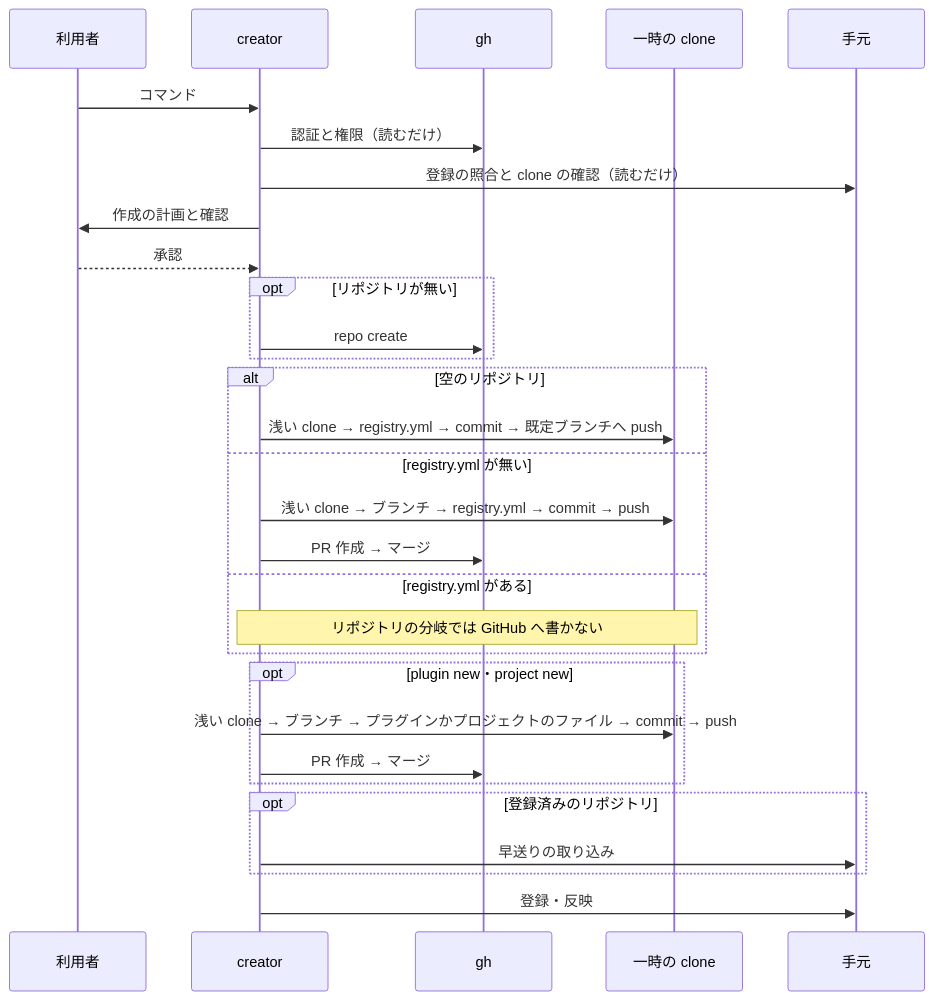
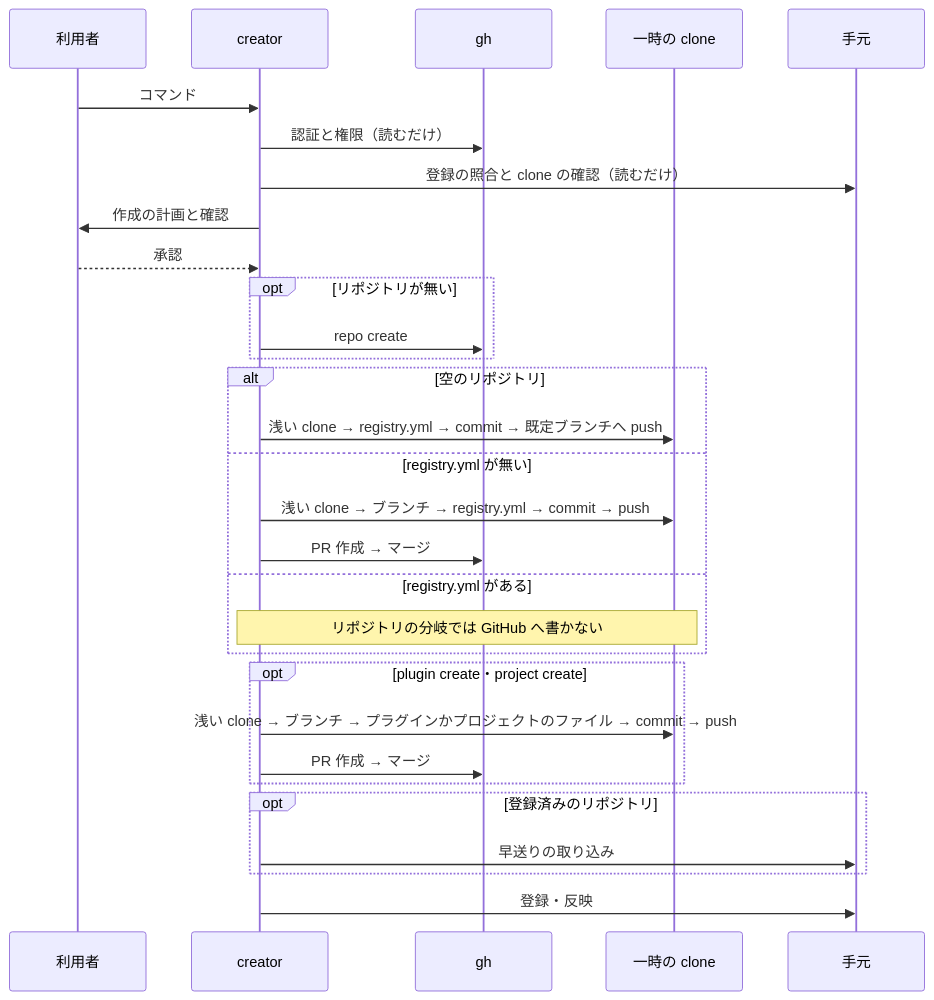
Before and after one commit to devbasex/devbase: the second of 2 diagrams in docs/specifications/plugin-creation-flow.md, drawn with Mermaid. The commit also changed other lines of this file and 24 other files, not shown here.

````diff
--- a/docs/specifications/plugin-creation-flow.md
+++ b/docs/specifications/plugin-creation-flow.md
@@ -213,32 +213,32 @@
 ```mermaid
 sequenceDiagram
     participant U as 利用者
     participant C as creator
     participant G as gh
     participant T as 一時の clone
     participant L as 手元
     U->>C: コマンド
     C->>G: 認証と権限（読むだけ）
     C->>L: 登録の照合と clone の確認（読むだけ）
     C->>U: 作成の計画と確認
     U-->>C: 承認
     opt リポジトリが無い
         C->>G: repo create
     end
     alt 空のリポジトリ
         C->>T: 浅い clone → registry.yml → commit → 既定ブランチへ push
     else registry.yml が無い
         C->>T: 浅い clone → ブランチ → registry.yml → commit → push
         C->>G: PR 作成 → マージ
     else registry.yml がある
         Note over C,T: リポジトリの分岐では GitHub へ書かない
     end
-    opt plugin new・project new
+    opt plugin create・project create
         C->>T: 浅い clone → ブランチ → プラグインかプロジェクトのファイル → commit → push
         C->>G: PR 作成 → マージ
     end
     opt 登録済みのリポジトリ
         C->>L: 早送りの取り込み
     end
     C->>L: 登録・反映
 ```
````
